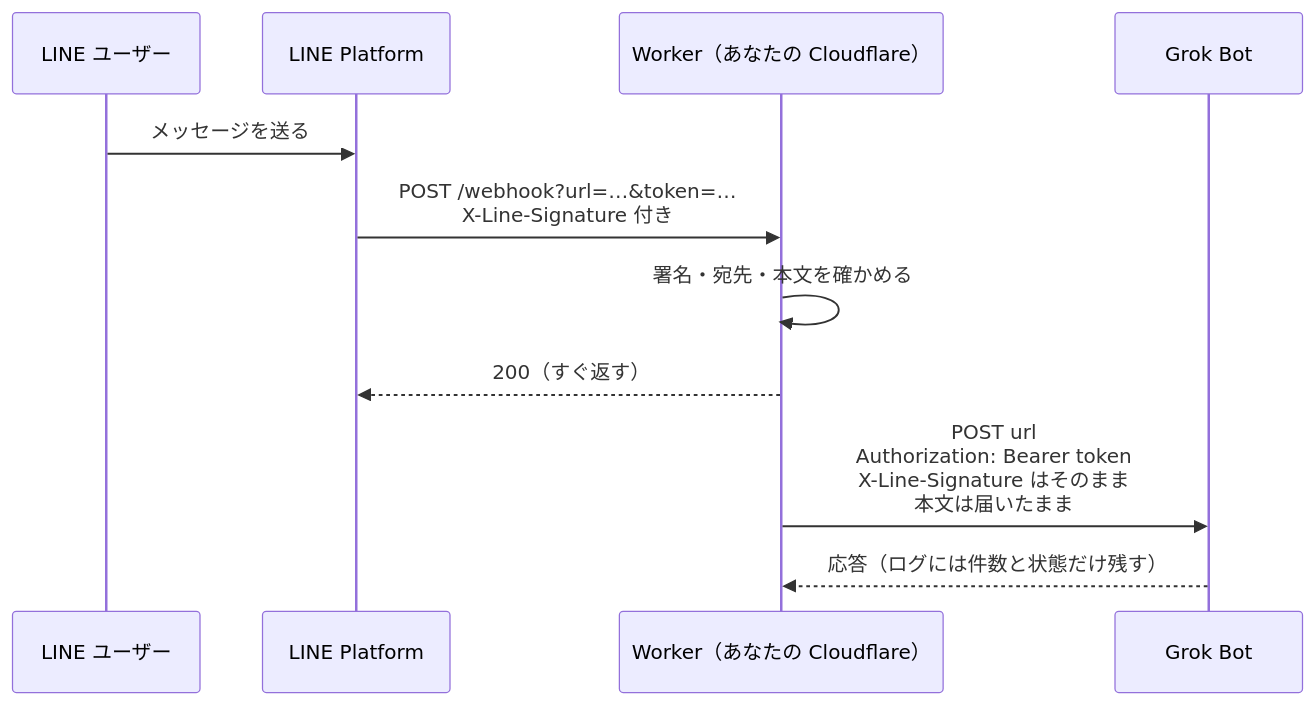
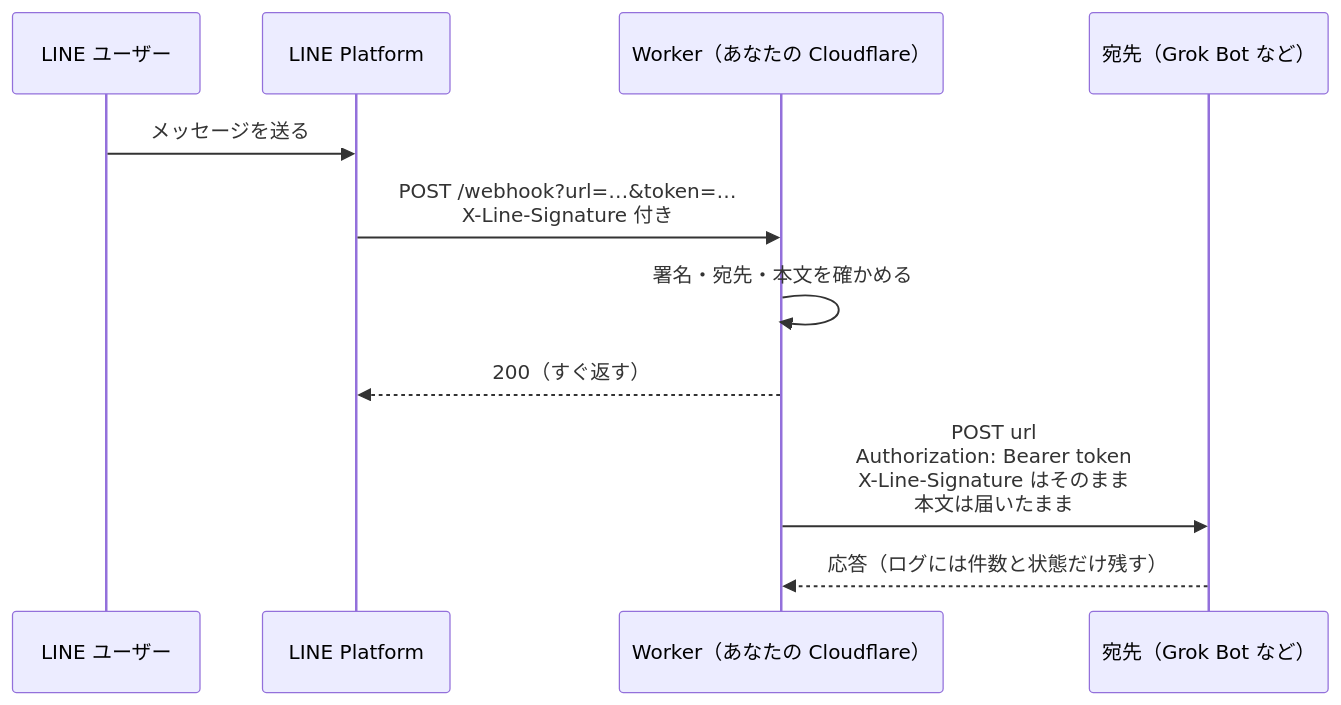
The first of 2 diagrams in README.md (cloud-position/grok-bot-line-relay), drawn with Mermaid before and after one commit. The commit also changed other lines of this file and 4 other files, not shown here.

````diff
--- a/README.md
+++ b/README.md
@@ -125,14 +125,14 @@
 ```mermaid
 sequenceDiagram
     participant U as LINE ユーザー
     participant L as LINE Platform
     participant W as Worker（あなたの Cloudflare）
-    participant G as Grok Bot
+    participant G as 宛先（Grok Bot など）
 
     U->>L: メッセージを送る
     L->>W: POST /webhook?url=…&token=…<br/>X-Line-Signature 付き
     W->>W: 署名・宛先・本文を確かめる
     W-->>L: 200（すぐ返す）
     W->>G: POST url<br/>Authorization: Bearer token<br/>X-Line-Signature はそのまま<br/>本文は届いたまま
     G-->>W: 応答（ログには件数と状態だけ残す）
 ```
````
